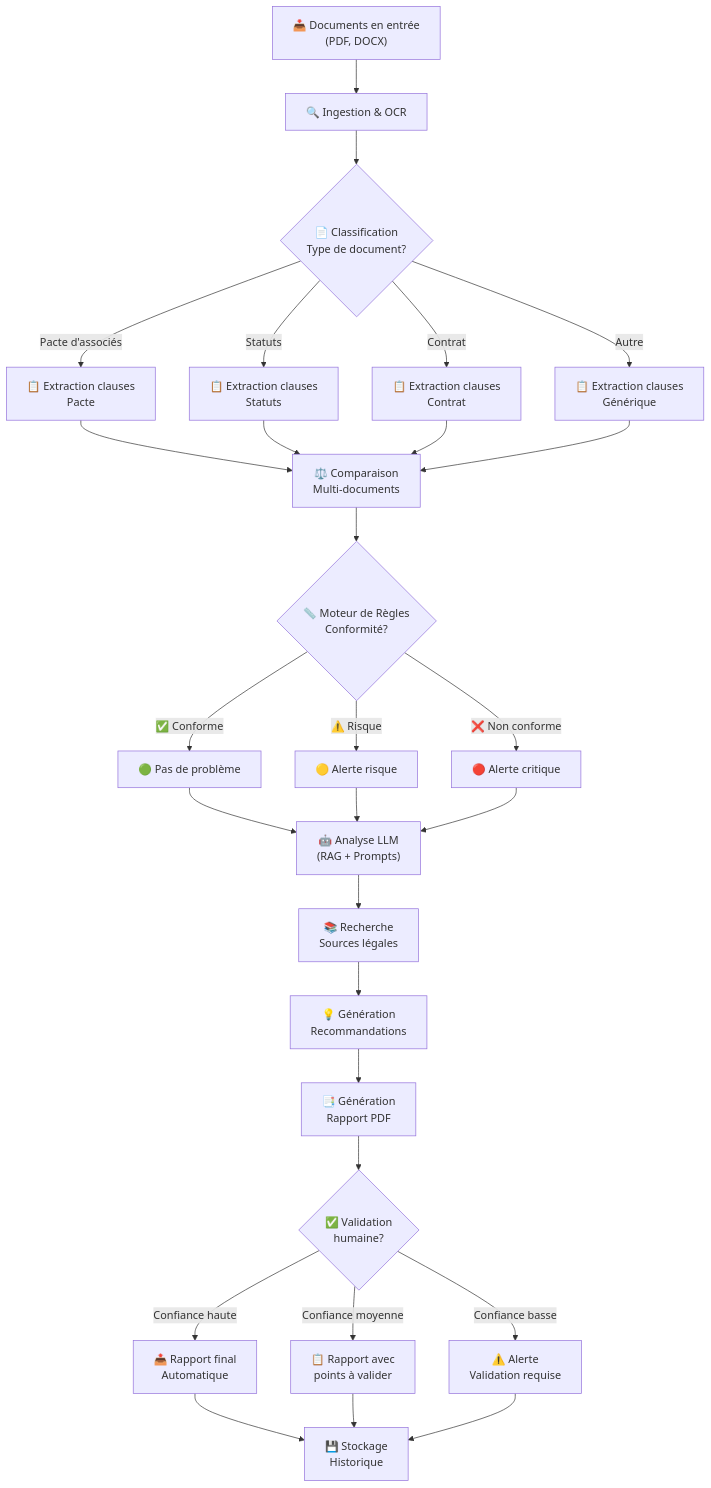
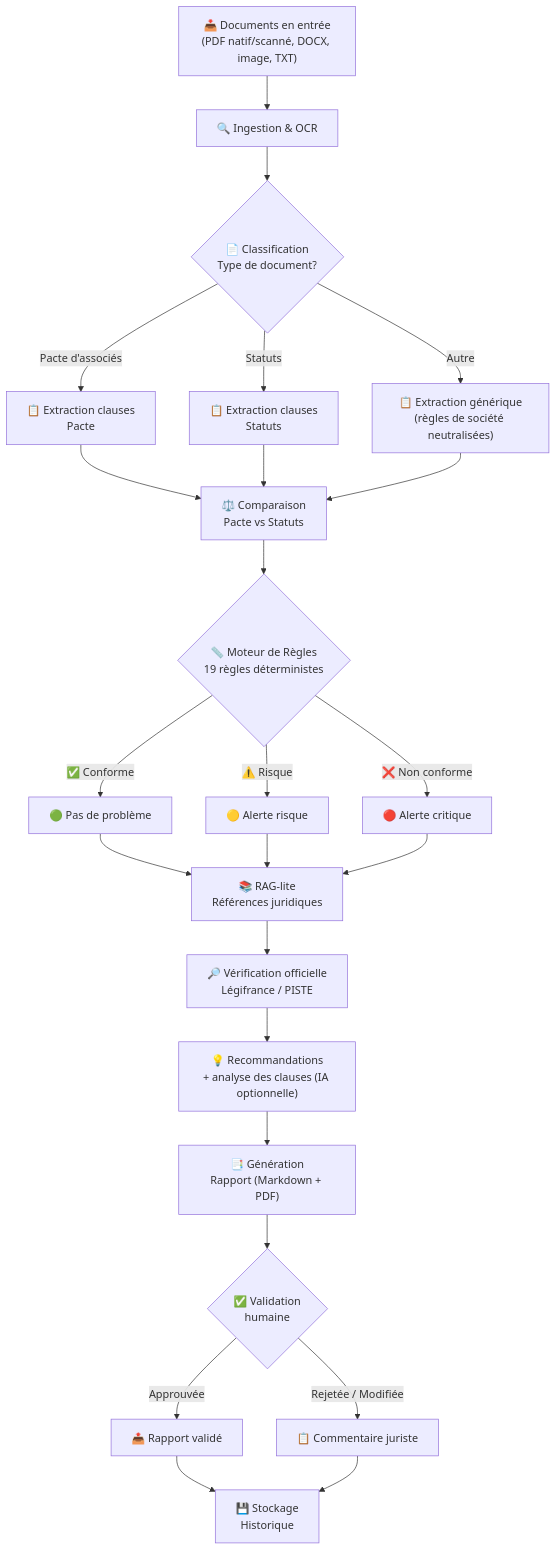
One commit to HichemMhadhbi/copilote-juridique changed the second of 2 diagrams in docs/04_architecture.md. Above: the diagram before and after it, drawn with Mermaid. The commit also changed other lines of this file and 34 other files, not shown here.

````diff
--- a/docs/04_architecture.md
+++ b/docs/04_architecture.md
@@ -75,40 +67,36 @@
 ```mermaid
 flowchart TD
-    A["📥 Documents en entrée<br/>(PDF, DOCX)"] --> B["🔍 Ingestion & OCR"]
+    A["📥 Documents en entrée<br/>(PDF natif/scanné, DOCX, image, TXT)"] --> B["🔍 Ingestion & OCR"]
     B --> C{"📄 Classification<br/>Type de document?"}
     
     C -->|"Pacte d'associés"| D1["📋 Extraction clauses<br/>Pacte"]
     C -->|"Statuts"| D2["📋 Extraction clauses<br/>Statuts"]
-    C -->|"Contrat"| D3["📋 Extraction clauses<br/>Contrat"]
-    C -->|"Autre"| D4["📋 Extraction clauses<br/>Générique"]
+    C -->|"Autre"| D3["📋 Extraction générique<br/>(règles de société neutralisées)"]
     
-    D1 --> E["⚖️ Comparaison<br/>Multi-documents"]
+    D1 --> E["⚖️ Comparaison<br/>Pacte vs Statuts"]
     D2 --> E
     D3 --> E
-    D4 --> E
     
-    E --> F{"📏 Moteur de Règles<br/>Conformité?"}
+    E --> F{"📏 Moteur de Règles<br/>19 règles déterministes"}
     
     F -->|"✅ Conforme"| G1["🟢 Pas de problème"]
     F -->|"⚠️ Risque"| G2["🟡 Alerte risque"]
     F -->|"❌ Non conforme"| G3["🔴 Alerte critique"]
     
-    G1 --> H["🤖 Analyse LLM<br/>(RAG + Prompts)"]
+    G1 --> H["📚 RAG-lite<br/>Références juridiques"]
     G2 --> H
     G3 --> H
     
-    H --> I["📚 Recherche<br/>Sources légales"]
-    I --> J["💡 Génération<br/>Recommandations"]
+    H --> I["🔎 Vérification officielle<br/>Légifrance / PISTE"]
+    I --> J["💡 Recommandations<br/>+ analyse des clauses (IA optionnelle)"]
     
-    J --> K["📑 Génération<br/>Rapport PDF"]
+    J --> K["📑 Génération<br/>Rapport (Markdown + PDF)"]
     
-    K --> L{"✅ Validation<br/>humaine?"}
+    K --> L{"✅ Validation<br/>humaine"}
     
-    L -->|"Confiance haute"| M1["📤 Rapport final<br/>Automatique"]
-    L -->|"Confiance moyenne"| M2["📋 Rapport avec<br/>points à valider"]
-    L -->|"Confiance basse"| M3["⚠️ Alerte<br/>Validation requise"]
+    L -->|"Approuvée"| M1["📤 Rapport validé"]
+    L -->|"Rejetée / Modifiée"| M2["📋 Commentaire juriste"]
     
     M1 --> N["💾 Stockage<br/>Historique"]
     M2 --> N
-    M3 --> N
 ```
````
